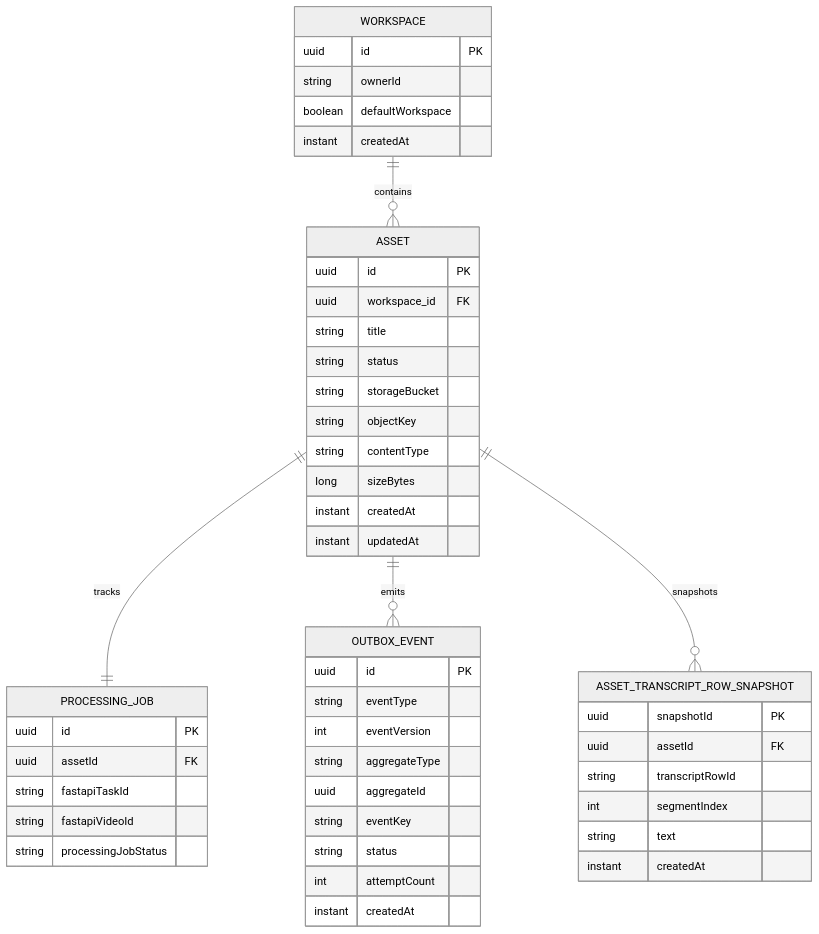
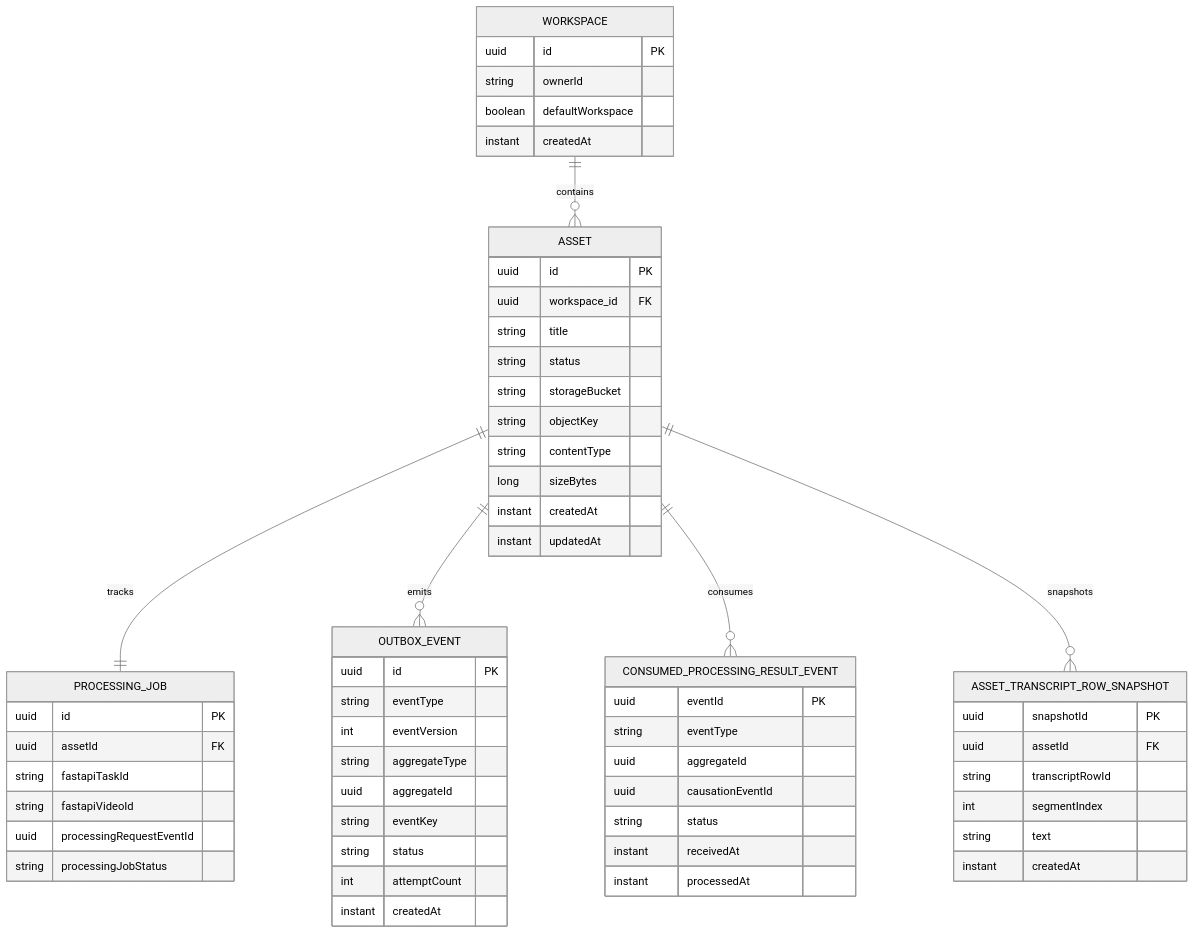
One commit to quangducnguyen1205/ai-knowledge-workspace changed the first of 2 diagrams in docs/data/Database.md. Above: the diagram before and after it, drawn with Mermaid (neutral theme). The commit also changed other lines of this file and 34 other files, not shown here.

Commit message:
feat(project3): add processing result handler foundation

````diff
--- a/docs/data/Database.md
+++ b/docs/data/Database.md
@@ -41,56 +43,68 @@
 ```mermaid
 erDiagram
     WORKSPACE ||--o{ ASSET : contains
     ASSET ||--|| PROCESSING_JOB : tracks
     ASSET ||--o{ OUTBOX_EVENT : emits
+    ASSET ||--o{ CONSUMED_PROCESSING_RESULT_EVENT : consumes
     ASSET ||--o{ ASSET_TRANSCRIPT_ROW_SNAPSHOT : snapshots
 
     WORKSPACE {
         uuid id PK
         string ownerId
         boolean defaultWorkspace
         instant createdAt
     }
 
     ASSET {
         uuid id PK
         uuid workspace_id FK
         string title
         string status
         string storageBucket
         string objectKey
         string contentType
         long sizeBytes
         instant createdAt
         instant updatedAt
     }
 
     PROCESSING_JOB {
         uuid id PK
         uuid assetId FK
         string fastapiTaskId
         string fastapiVideoId
+        uuid processingRequestEventId
         string processingJobStatus
     }
 
     OUTBOX_EVENT {
         uuid id PK
         string eventType
         int eventVersion
         string aggregateType
         uuid aggregateId
         string eventKey
         string status
         int attemptCount
         instant createdAt
     }
 
+    CONSUMED_PROCESSING_RESULT_EVENT {
+        uuid eventId PK
+        string eventType
+        uuid aggregateId
+        uuid causationEventId
+        string status
+        instant receivedAt
+        instant processedAt
+    }
+
     ASSET_TRANSCRIPT_ROW_SNAPSHOT {
         uuid snapshotId PK
         uuid assetId FK
         string transcriptRowId
         int segmentIndex
         string text
         instant createdAt
     }
 ```
````
